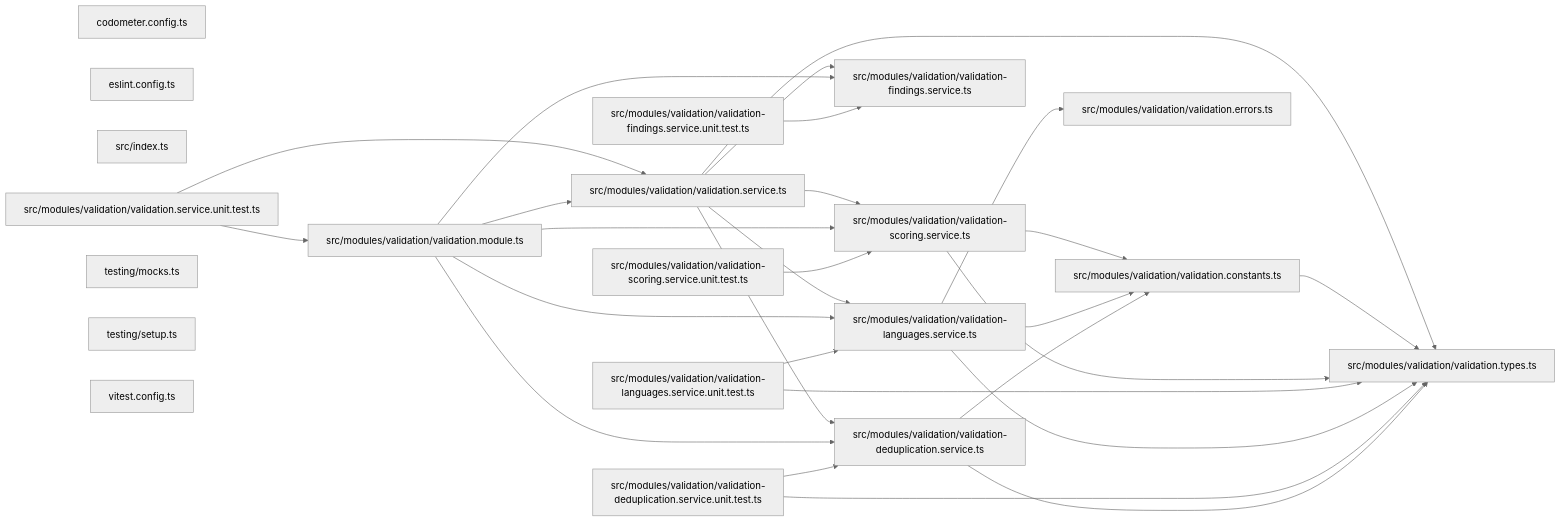
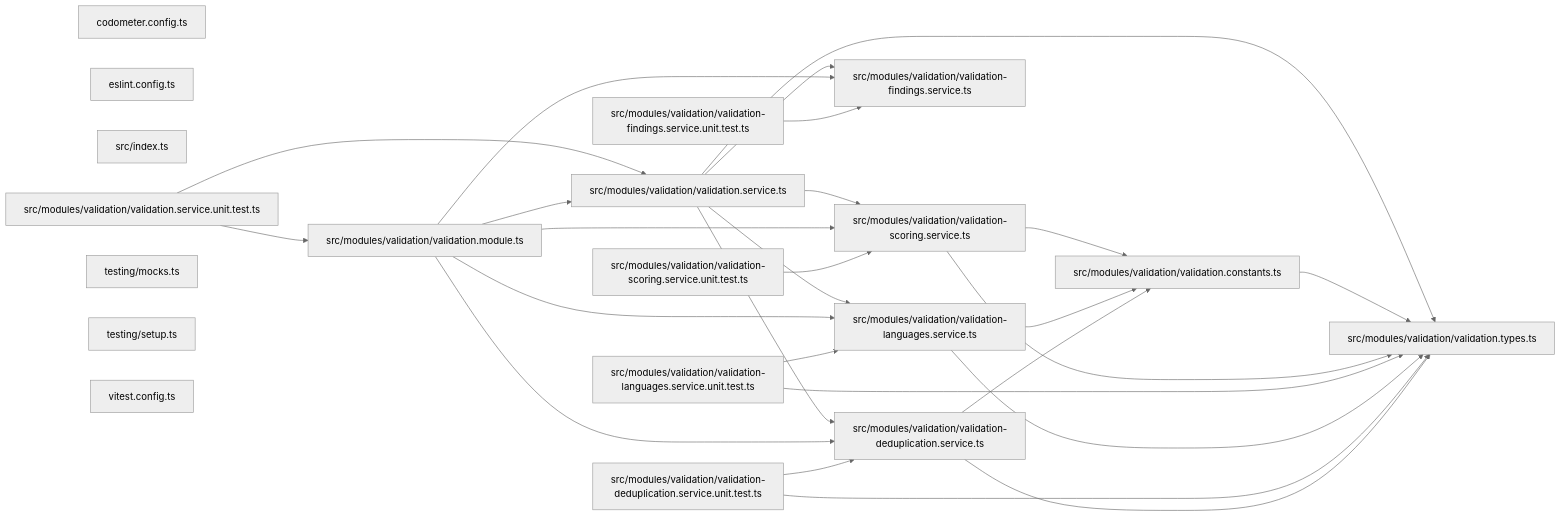
The third of 3 diagrams in packages/conformetry-validation/README.md (JimmyPaolini/codebase), drawn with Mermaid (neutral theme) before and after one commit. The commit also changed other lines of this file and 49 other files, not shown here.

````diff
--- a/packages/conformetry-validation/README.md
+++ b/packages/conformetry-validation/README.md
@@ -232,49 +232,47 @@
 ```mermaid
 graph LR
   file_codometer_config_ts["codometer.config.ts"]
   file_eslint_config_ts["eslint.config.ts"]
   file_src_index_ts["src/index.ts"]
   file_src_modules_validation_validation_deduplication_service_ts["src/modules/validation/validation-deduplication.service.ts"]
   file_src_modules_validation_validation_deduplication_service_unit_test_ts["src/modules/validation/validation-deduplication.service.unit.test.ts"]
   file_src_modules_validation_validation_findings_service_ts["src/modules/validation/validation-findings.service.ts"]
   file_src_modules_validation_validation_findings_service_unit_test_ts["src/modules/validation/validation-findings.service.unit.test.ts"]
   file_src_modules_validation_validation_languages_service_ts["src/modules/validation/validation-languages.service.ts"]
   file_src_modules_validation_validation_languages_service_unit_test_ts["src/modules/validation/validation-languages.service.unit.test.ts"]
   file_src_modules_validation_validation_scoring_service_ts["src/modules/validation/validation-scoring.service.ts"]
   file_src_modules_validation_validation_scoring_service_unit_test_ts["src/modules/validation/validation-scoring.service.unit.test.ts"]
   file_src_modules_validation_validation_constants_ts["src/modules/validation/validation.constants.ts"]
-  file_src_modules_validation_validation_errors_ts["src/modules/validation/validation.errors.ts"]
   file_src_modules_validation_validation_module_ts["src/modules/validation/validation.module.ts"]
   file_src_modules_validation_validation_service_ts["src/modules/validation/validation.service.ts"]
   file_src_modules_validation_validation_service_unit_test_ts["src/modules/validation/validation.service.unit.test.ts"]
   file_src_modules_validation_validation_types_ts["src/modules/validation/validation.types.ts"]
   file_testing_mocks_ts["testing/mocks.ts"]
   file_testing_setup_ts["testing/setup.ts"]
   file_vitest_config_ts["vitest.config.ts"]
   file_src_modules_validation_validation_deduplication_service_ts --> file_src_modules_validation_validation_constants_ts
   file_src_modules_validation_validation_deduplication_service_ts --> file_src_modules_validation_validation_types_ts
   file_src_modules_validation_validation_deduplication_service_unit_test_ts --> file_src_modules_validation_validation_deduplication_service_ts
   file_src_modules_validation_validation_deduplication_service_unit_test_ts --> file_src_modules_validation_validation_types_ts
   file_src_modules_validation_validation_findings_service_unit_test_ts --> file_src_modules_validation_validation_findings_service_ts
   file_src_modules_validation_validation_languages_service_ts --> file_src_modules_validation_validation_constants_ts
-  file_src_modules_validation_validation_languages_service_ts --> file_src_modules_validation_validation_errors_ts
   file_src_modules_validation_validation_languages_service_ts --> file_src_modules_validation_validation_types_ts
   file_src_modules_validation_validation_languages_service_unit_test_ts --> file_src_modules_validation_validation_languages_service_ts
   file_src_modules_validation_validation_languages_service_unit_test_ts --> file_src_modules_validation_validation_types_ts
   file_src_modules_validation_validation_scoring_service_ts --> file_src_modules_validation_validation_constants_ts
   file_src_modules_validation_validation_scoring_service_ts --> file_src_modules_validation_validation_types_ts
   file_src_modules_validation_validation_scoring_service_unit_test_ts --> file_src_modules_validation_validation_scoring_service_ts
   file_src_modules_validation_validation_constants_ts --> file_src_modules_validation_validation_types_ts
   file_src_modules_validation_validation_module_ts --> file_src_modules_validation_validation_deduplication_service_ts
   file_src_modules_validation_validation_module_ts --> file_src_modules_validation_validation_findings_service_ts
   file_src_modules_validation_validation_module_ts --> file_src_modules_validation_validation_languages_service_ts
   file_src_modules_validation_validation_module_ts --> file_src_modules_validation_validation_scoring_service_ts
   file_src_modules_validation_validation_module_ts --> file_src_modules_validation_validation_service_ts
   file_src_modules_validation_validation_service_ts --> file_src_modules_validation_validation_deduplication_service_ts
   file_src_modules_validation_validation_service_ts --> file_src_modules_validation_validation_findings_service_ts
   file_src_modules_validation_validation_service_ts --> file_src_modules_validation_validation_languages_service_ts
   file_src_modules_validation_validation_service_ts --> file_src_modules_validation_validation_scoring_service_ts
   file_src_modules_validation_validation_service_ts --> file_src_modules_validation_validation_types_ts
   file_src_modules_validation_validation_service_unit_test_ts --> file_src_modules_validation_validation_module_ts
   file_src_modules_validation_validation_service_unit_test_ts --> file_src_modules_validation_validation_service_ts
 ```
````
